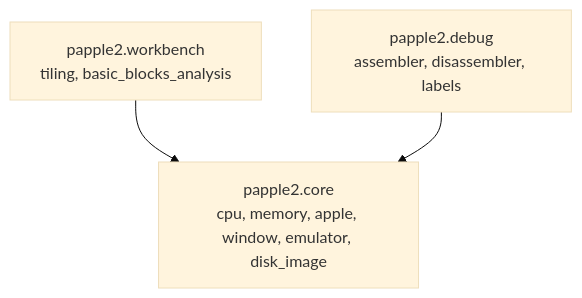
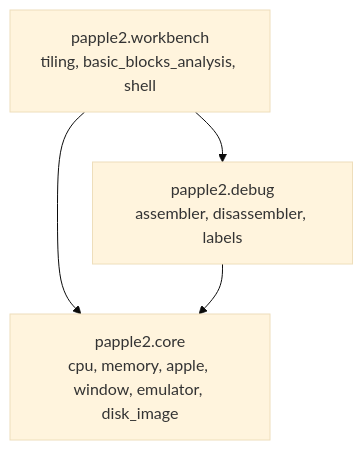
Before and after one commit to fschuhi/papple2: the first of 4 diagrams in README.md, drawn with Mermaid (base theme). The commit also changed other lines of this file, not shown here.

Commit message:
README.md: shell, walkthrough, lr_basic_blocks_analysis; half-open ranges; three settled decisions

````diff
--- a/README.md
+++ b/README.md
@@ -74,9 +74,10 @@
 ```mermaid
 graph TD
-    WORKBENCH["papple2.workbench<br/>tiling, basic_blocks_analysis"]
+    WORKBENCH["papple2.workbench<br/>tiling, basic_blocks_analysis, shell"]
     DEBUG["papple2.debug<br/>assembler, disassembler, labels"]
     CORE["papple2.core<br/>cpu, memory, apple, window, emulator, disk_image"]
 
     WORKBENCH --> CORE
+    WORKBENCH --> DEBUG
     DEBUG --> CORE
 ```
````
